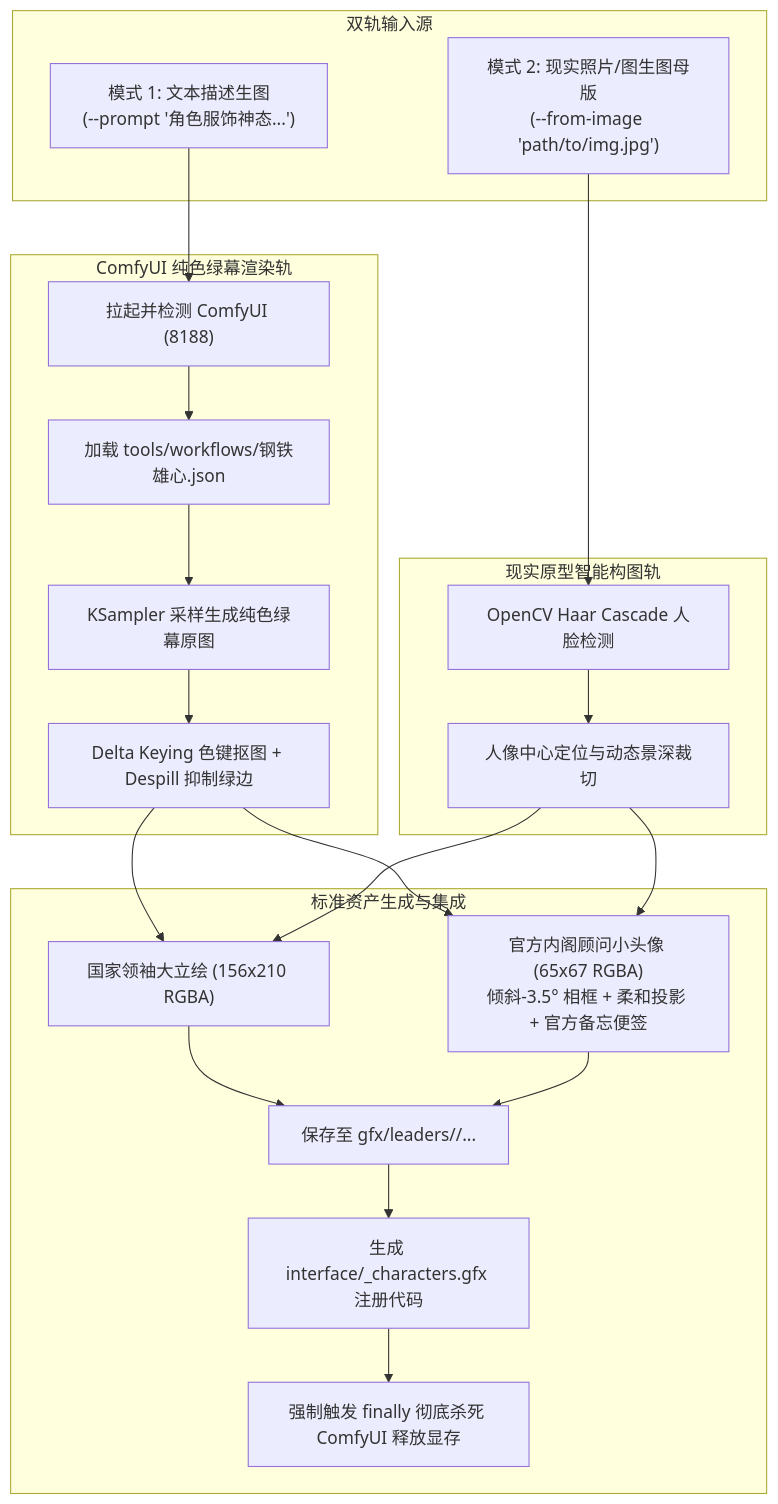
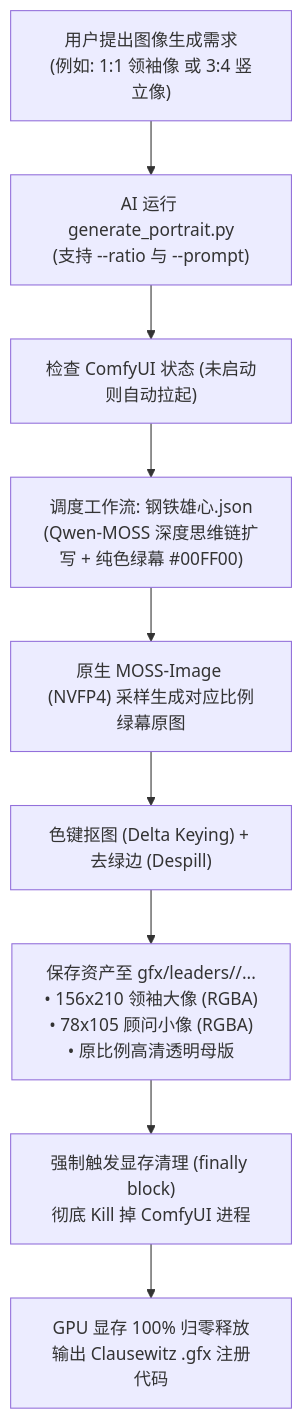
The diagram in .agents/skills/hoi4-portrait-generator/SKILL.md (DX-Protst/HOI4-Dream-of-Yandao-Street), drawn with Mermaid before and after one commit. The commit also changed other lines of this file and 6 other files, not shown here.

````diff
--- a/.agents/skills/hoi4-portrait-generator/SKILL.md
+++ b/.agents/skills/hoi4-portrait-generator/SKILL.md
@@ -59,31 +63,11 @@
 ```mermaid
 flowchart TD
-    subgraph Input["双轨输入源"]
-        A1["模式 1: 文本描述生图<br/>(--prompt '角色服饰神态...')"]
-        A2["模式 2: 现实照片/图生图母版<br/>(--from-image 'path/to/img.jpg')"]
-    end
-
-    subgraph Mode1["ComfyUI 纯色绿幕渲染轨"]
-        B1["拉起并检测 ComfyUI (8188)"]
-        B2["加载 tools/workflows/钢铁雄心.json"]
-        B3["KSampler 采样生成纯色绿幕原图"]
-        B4["Delta Keying 色键抠图 + Despill 抑制绿边"]
-    end
-
-    subgraph Mode2["现实原型智能构图轨"]
-        C1["OpenCV Haar Cascade 人脸检测"]
-        C2["人像中心定位与动态景深裁切"]
-    end
-
-    subgraph Output["标准资产生成与集成"]
-        D1["国家领袖大立绘 (156x210 RGBA)"]
-        D2["官方内阁顾问小头像 (65x67 RGBA)<br/>倾斜-3.5° 相框 + 柔和投影 + 官方备忘便签"]
-        D3["保存至 gfx/leaders/<TAG>/..."]
-        D4["生成 interface/<TAG>_characters.gfx 注册代码"]
-        D5["强制触发 finally 彻底杀死 ComfyUI 释放显存"]
-    end
-
-    A1 --> B1 --> B2 --> B3 --> B4 --> D1 & D2
-    A2 --> C1 --> C2 --> D1 & D2
-    D1 & D2 --> D3 --> D4 --> D5
+    A["用户提出图像生成需求<br/>(例如: 1:1 领袖像 或 3:4 竖立像)"] --> B["AI 运行 generate_portrait.py<br/>(支持 --ratio 与 --prompt)"]
+    B --> C["检查 ComfyUI 状态 (未启动则自动拉起)"]
+    C --> D["调度工作流: 钢铁雄心.json<br/>(Qwen-MOSS 深度思维链扩写 + 纯色绿幕 #00FF00)"]
+    D --> E["原生 MOSS-Image (NVFP4) 采样生成对应比例绿幕原图"]
+    E --> F["色键抠图 (Delta Keying) + 去绿边 (Despill)"]
+    F --> G["保存资产至 gfx/leaders/<TAG>/...<br/>• 156x210 领袖大像 (RGBA)<br/>• 78x105 顾问小像 (RGBA)<br/>• 原比例高清透明母版"]
+    G --> H["强制触发显存清理 (finally block)<br/>彻底 Kill 掉 ComfyUI 进程"]
+    H --> I["GPU 显存 100% 归零释放<br/>输出 Clausewitz .gfx 注册代码"]
 ```
````
